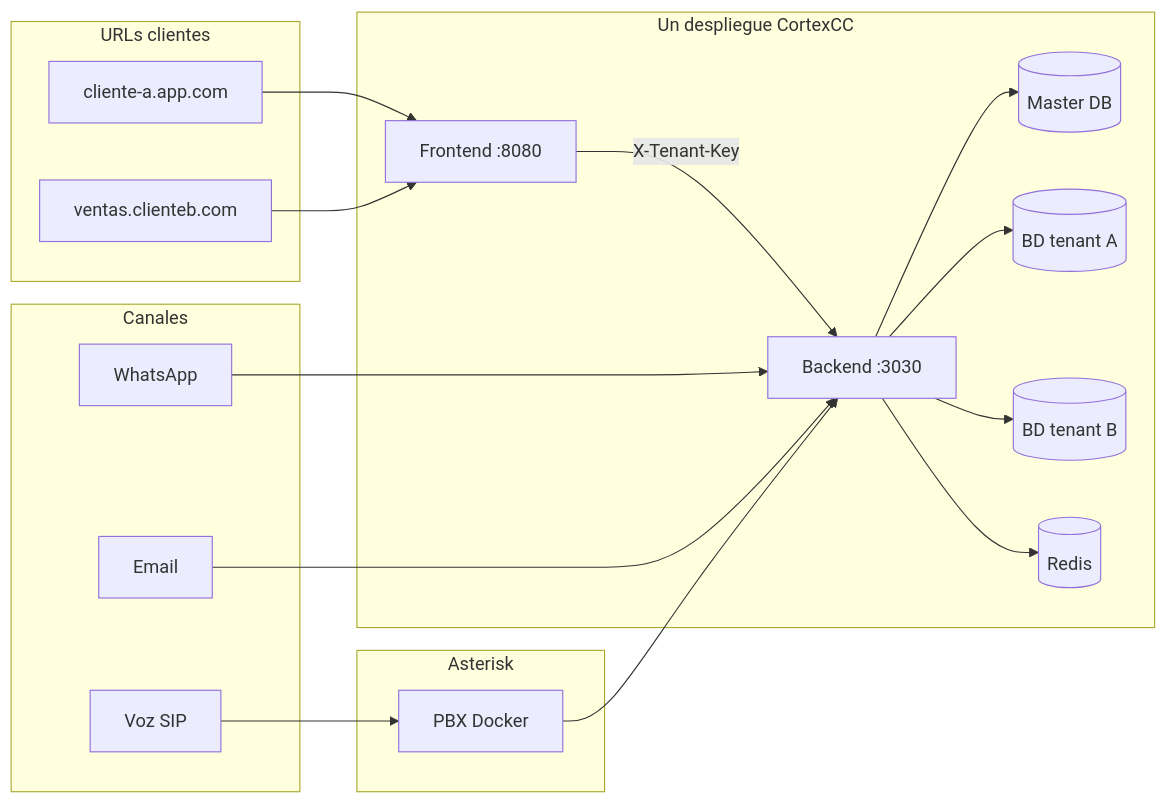
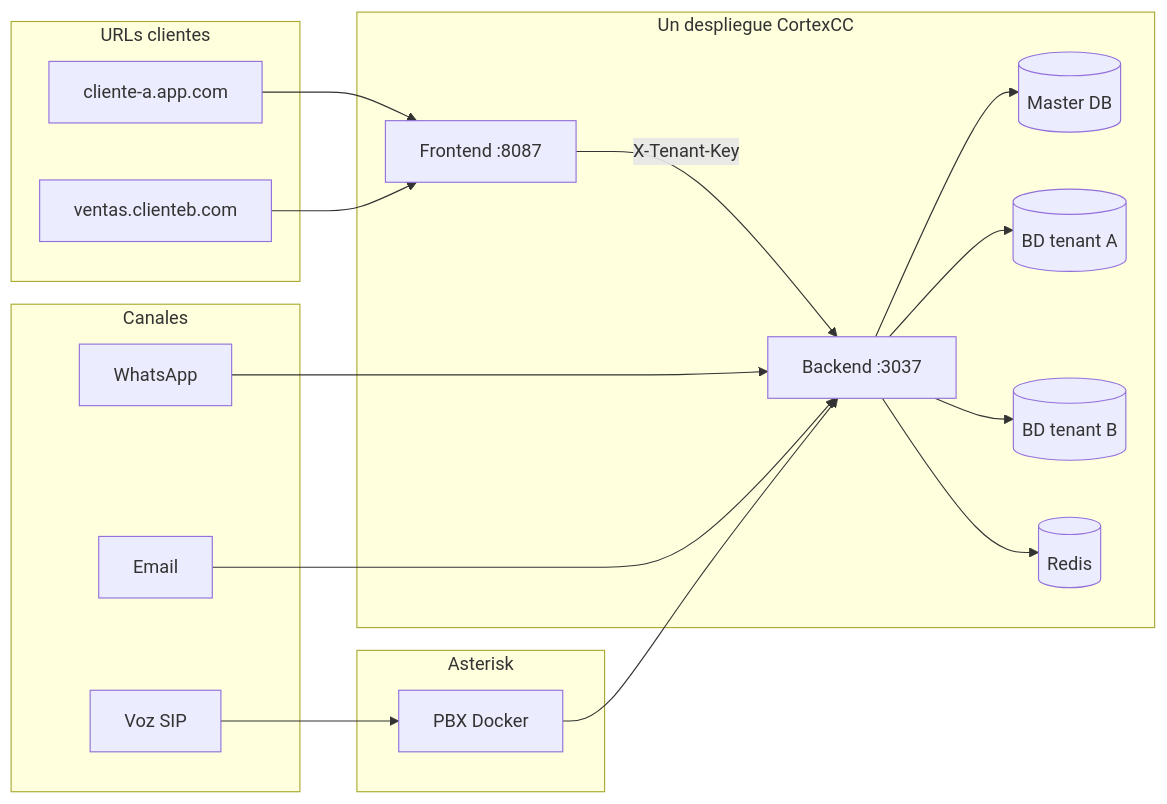
Before and after one commit to iargudo/CortexCC: the diagram in docs/08-manual-configuracion-cliente-nuevo.md, drawn with Mermaid. The commit also changed other lines of this file and 35 other files, not shown here.

````diff
--- a/docs/08-manual-configuracion-cliente-nuevo.md
+++ b/docs/08-manual-configuracion-cliente-nuevo.md
@@ -26,34 +26,34 @@
 ```mermaid
 flowchart LR
   subgraph urls [URLs clientes]
     U1[cliente-a.app.com]
     U2[ventas.clienteb.com]
   end
   subgraph clientes [Canales]
     WA[WhatsApp]
     EM[Email]
     VO[Voz SIP]
   end
   subgraph cortex [Un despliegue CortexCC]
-    FE[Frontend :8080]
-    BE[Backend :3030]
+    FE[Frontend :8087]
+    BE[Backend :3037]
     Master[(Master DB)]
     T1[(BD tenant A)]
     T2[(BD tenant B)]
     RD[(Redis)]
   end
   subgraph pbx [Asterisk]
     AST[PBX Docker]
   end
   U1 --> FE
   U2 --> FE
   FE -->|X-Tenant-Key| BE
   WA --> BE
   EM --> BE
   VO --> AST
   AST --> BE
   BE --> Master
   BE --> T1
   BE --> T2
   BE --> RD
 ```
````
